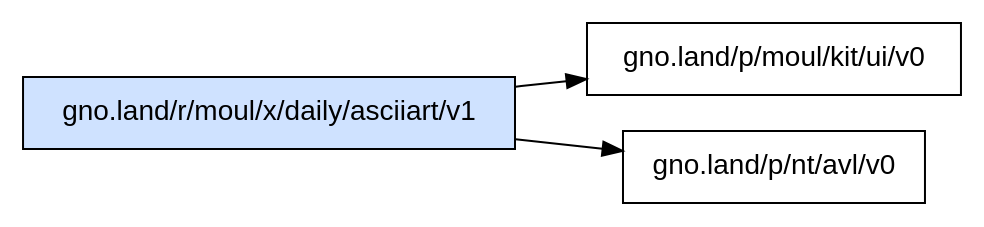
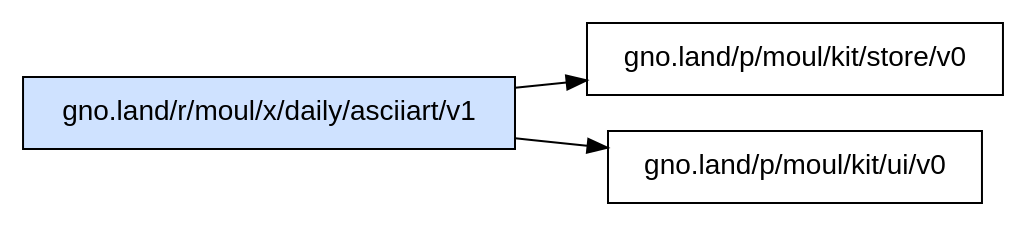
One commit to moul/gno-contracts changed the diagram in _assets/gno.land/r/moul/x/daily/asciiart/v1/deps.dot. Above: the diagram before and after it, drawn with Graphviz. The commit also changed 55 other files, not shown here.

Commit message:
chore: regenerate catalog, graphs and on-chain status [skip ci]

```diff
--- a/_assets/gno.land/r/moul/x/daily/asciiart/v1/deps.dot
+++ b/_assets/gno.land/r/moul/x/daily/asciiart/v1/deps.dot
@@ -1,7 +1,7 @@
 digraph deps {
   rankdir=LR;
   node [shape=box, fontname="sans-serif"];
   "gno.land/r/moul/x/daily/asciiart/v1" [style=filled, fillcolor="#cfe2ff"];
+  "gno.land/r/moul/x/daily/asciiart/v1" -> "gno.land/p/moul/kit/store/v0";
   "gno.land/r/moul/x/daily/asciiart/v1" -> "gno.land/p/moul/kit/ui/v0";
-  "gno.land/r/moul/x/daily/asciiart/v1" -> "gno.land/p/nt/avl/v0";
 }
```
